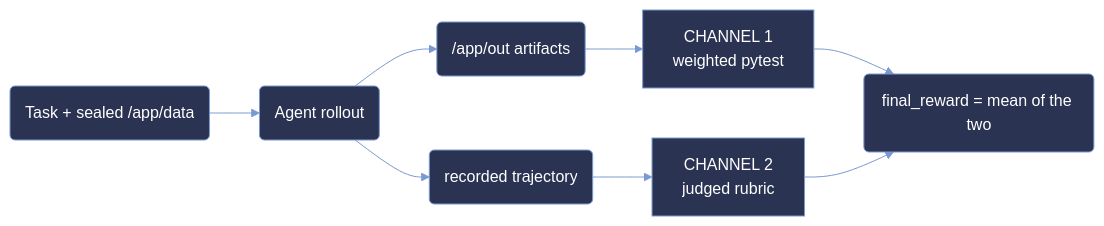
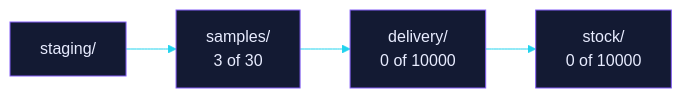
The second of 2 diagrams in README.md (EtharaOrion/anubis-samples), drawn with Mermaid before and after one commit. The commit also changed other lines of this file and 1 other file, not shown here.

````diff
--- a/README.md
+++ b/README.md
@@ -278,14 +82,8 @@
 ```mermaid
-%%{init: {"theme":"base","themeVariables":{"primaryColor":"#2b3352","primaryTextColor":"#ffffff","primaryBorderColor":"#7a99d1","lineColor":"#7a99d1","fontFamily":"DM Sans, Roboto, Segoe UI, sans-serif"}}}%%
+%%{init: {"theme":"base","themeVariables":{"primaryColor":"#131a33","primaryTextColor":"#e8ecff","primaryBorderColor":"#845EF7","lineColor":"#22d3ee","fontFamily":"monospace"}}}%%
 flowchart LR
-  A(Task + sealed /app/data) --> B(Agent rollout)
-  B --> C(/app/out artifacts)
-  B --> T(recorded trajectory)
-  C --> D[CHANNEL 1<br/>weighted pytest]
-  T --> E[CHANNEL 2<br/>judged rubric]
-  D --> F(final_reward = mean of the two)
-  E --> F
-  classDef sealed fill:#2b3352,stroke:#ee00ee,color:#fff
-  classDef node fill:#2b3352,stroke:#7a99d1,color:#fff
-  class A,B,C,T,D,E,F node
+    staging["staging/"]
+    staging --> samples["samples/<br/>3 of 30"]
+    samples --> delivery["delivery/<br/>0 of 10000"]
+    delivery --> stock["stock/<br/>0 of 10000"]
 ```
````
